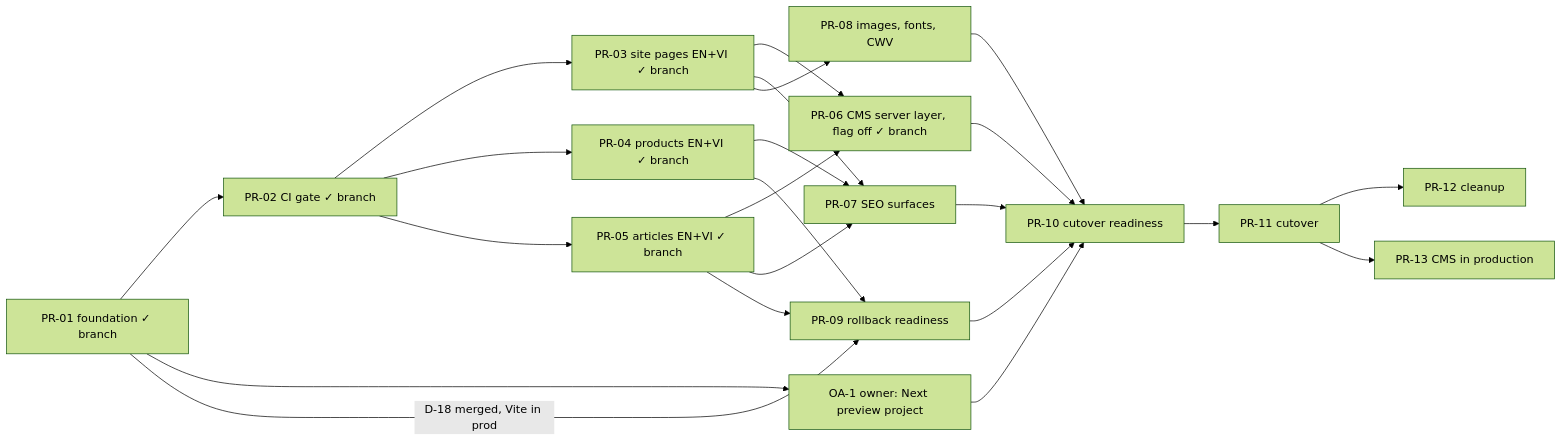
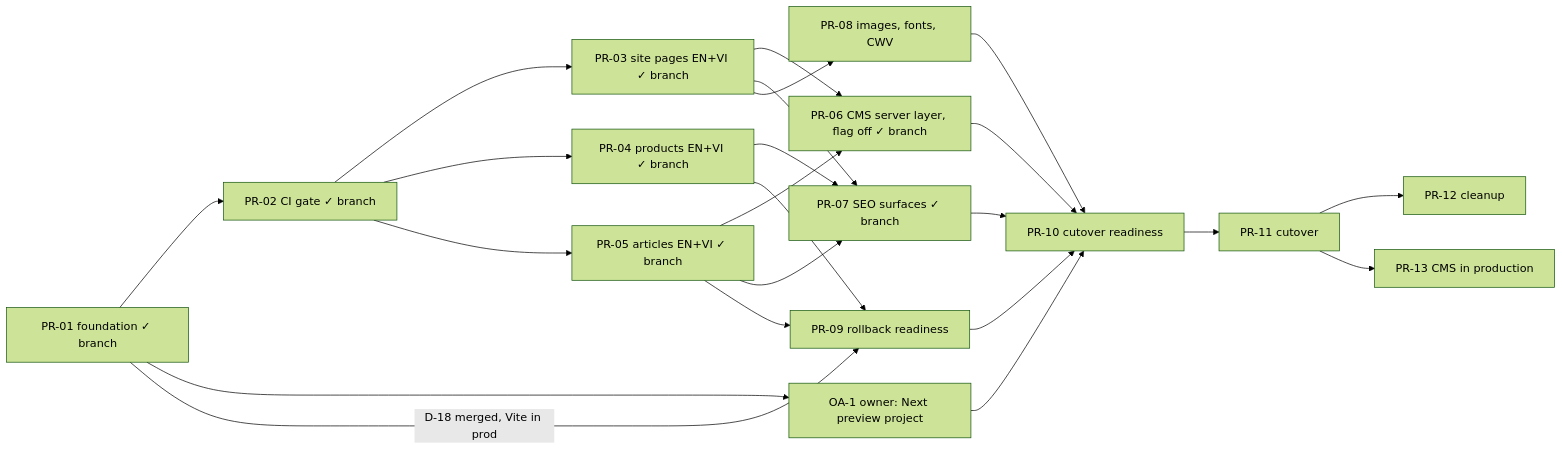
The diagram in docs/architecture/MIGRATION_ROADMAP.md (HoangLonglogisticsproject/HMV_landingpage), drawn with Mermaid (forest theme) before and after one commit. The commit also changed other lines of this file and 5 other files, not shown here.

First line of the commit message:
docs(architecture): revision 5, source dependencies of the CMS layer, PR-07

````diff
--- a/docs/architecture/MIGRATION_ROADMAP.md
+++ b/docs/architecture/MIGRATION_ROADMAP.md
@@ -65,25 +66,25 @@
 ```mermaid
 graph LR
   PR01[PR-01 foundation ✓ branch] --> PR02[PR-02 CI gate ✓ branch]
   PR01 --> OA1[OA-1 owner: Next preview project]
   PR02 --> PR03[PR-03 site pages EN+VI ✓ branch]
   PR02 --> PR04[PR-04 products EN+VI ✓ branch]
   PR02 --> PR05[PR-05 articles EN+VI ✓ branch]
   PR03 --> PR06[PR-06 CMS server layer, flag off ✓ branch]
   PR05 --> PR06
-  PR03 --> PR07[PR-07 SEO surfaces]
+  PR03 --> PR07[PR-07 SEO surfaces ✓ branch]
   PR04 --> PR07
   PR05 --> PR07
   PR03 --> PR08[PR-08 images, fonts, CWV]
   PR01 -->|D-18 merged, Vite in prod| PR09[PR-09 rollback readiness]
   PR04 --> PR09
   PR05 --> PR09
   PR06 --> PR10[PR-10 cutover readiness]
   PR07 --> PR10
   PR08 --> PR10
   PR09 --> PR10
   OA1 --> PR10
   PR10 --> PR11[PR-11 cutover]
   PR11 --> PR12[PR-12 cleanup]
   PR11 --> PR13[PR-13 CMS in production]
 ```
````
